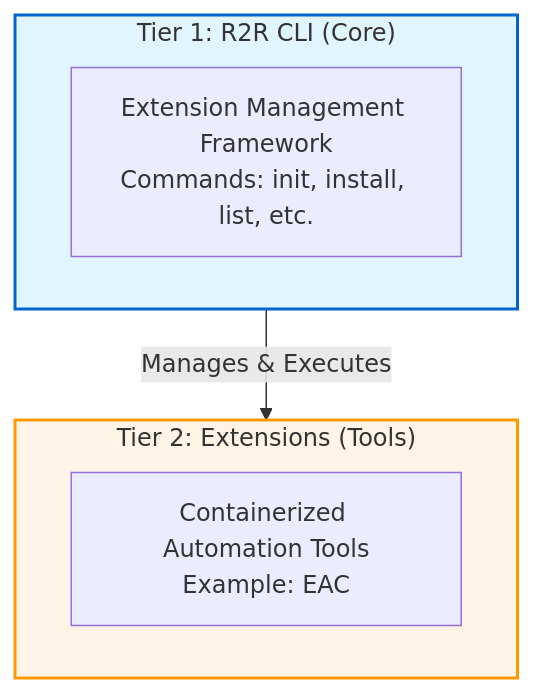
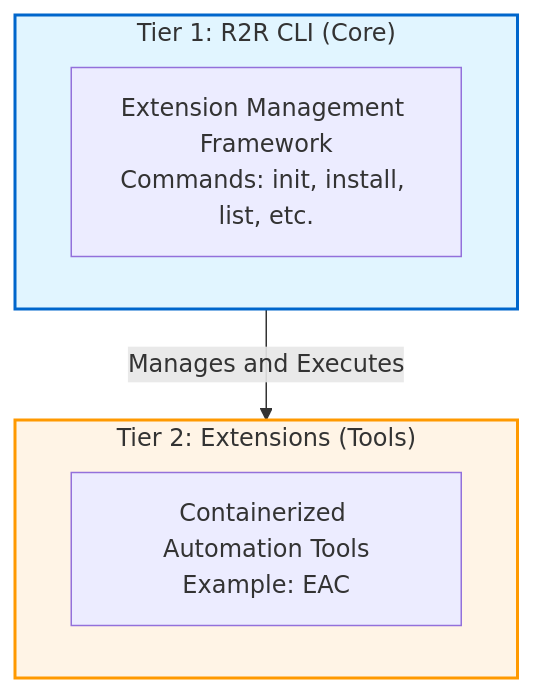
The diagram in docs/reference/r2r-eac/cli-vs-extensions.md (ready-to-release/eac), drawn with Mermaid before and after one commit. The commit also changed other lines of this file and 151 other files, not shown here.

````diff
--- a/docs/reference/r2r-eac/cli-vs-extensions.md
+++ b/docs/reference/r2r-eac/cli-vs-extensions.md
@@ -9,15 +9,15 @@
 ```mermaid
 graph TB
     subgraph tier1["Tier 1: R2R CLI (Core)"]
         A[Extension Management Framework<br/>Commands: init, install, list, etc.]
     end
 
     subgraph tier2["Tier 2: Extensions (Tools)"]
         B[Containerized Automation Tools<br/>Example: EAC]
     end
 
-    tier1 -->|Manages & Executes| tier2
+    tier1 -->|Manages and Executes| tier2
 
     style tier1 fill:#e1f5ff,stroke:#0066cc,stroke-width:2px
     style tier2 fill:#fff4e6,stroke:#ff9900,stroke-width:2px
 ```
````
